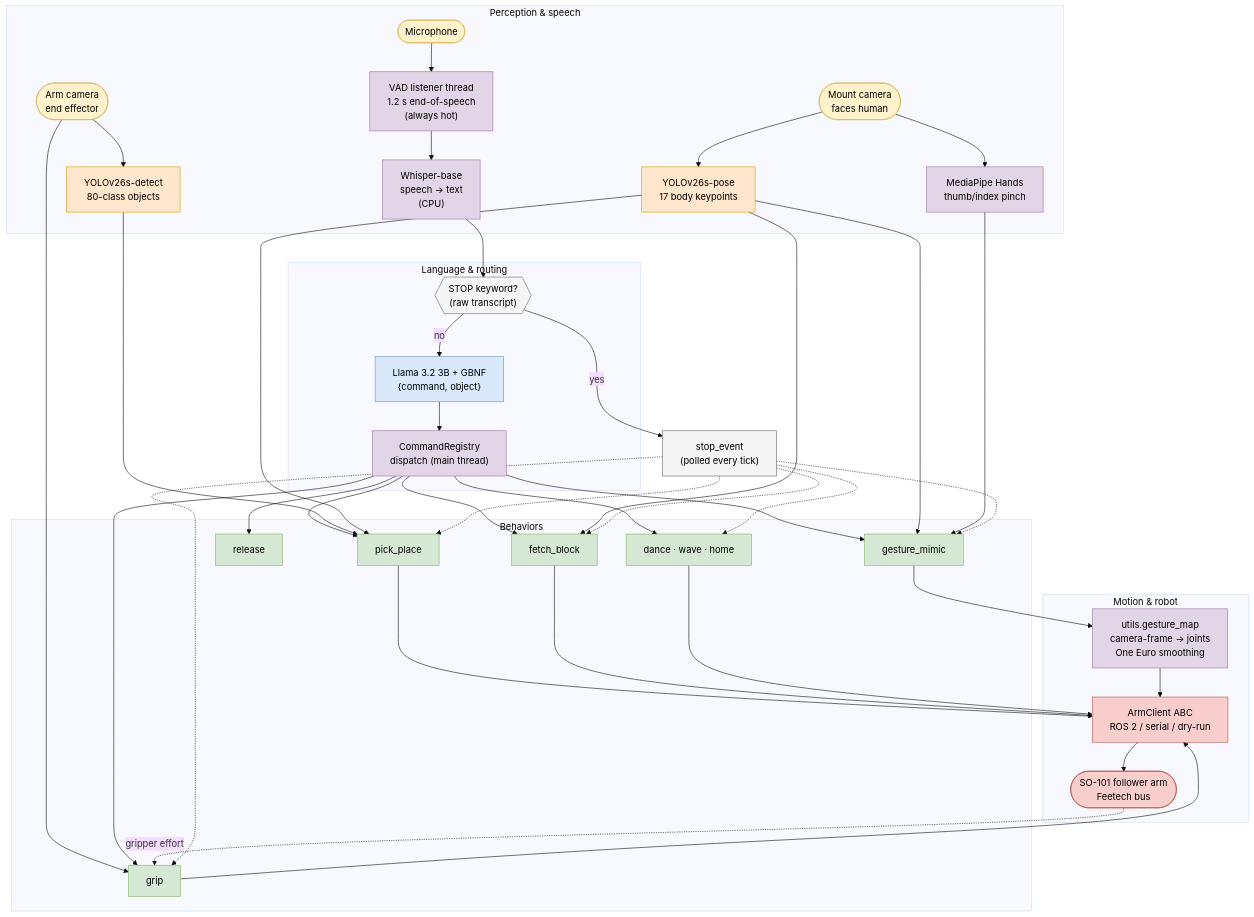
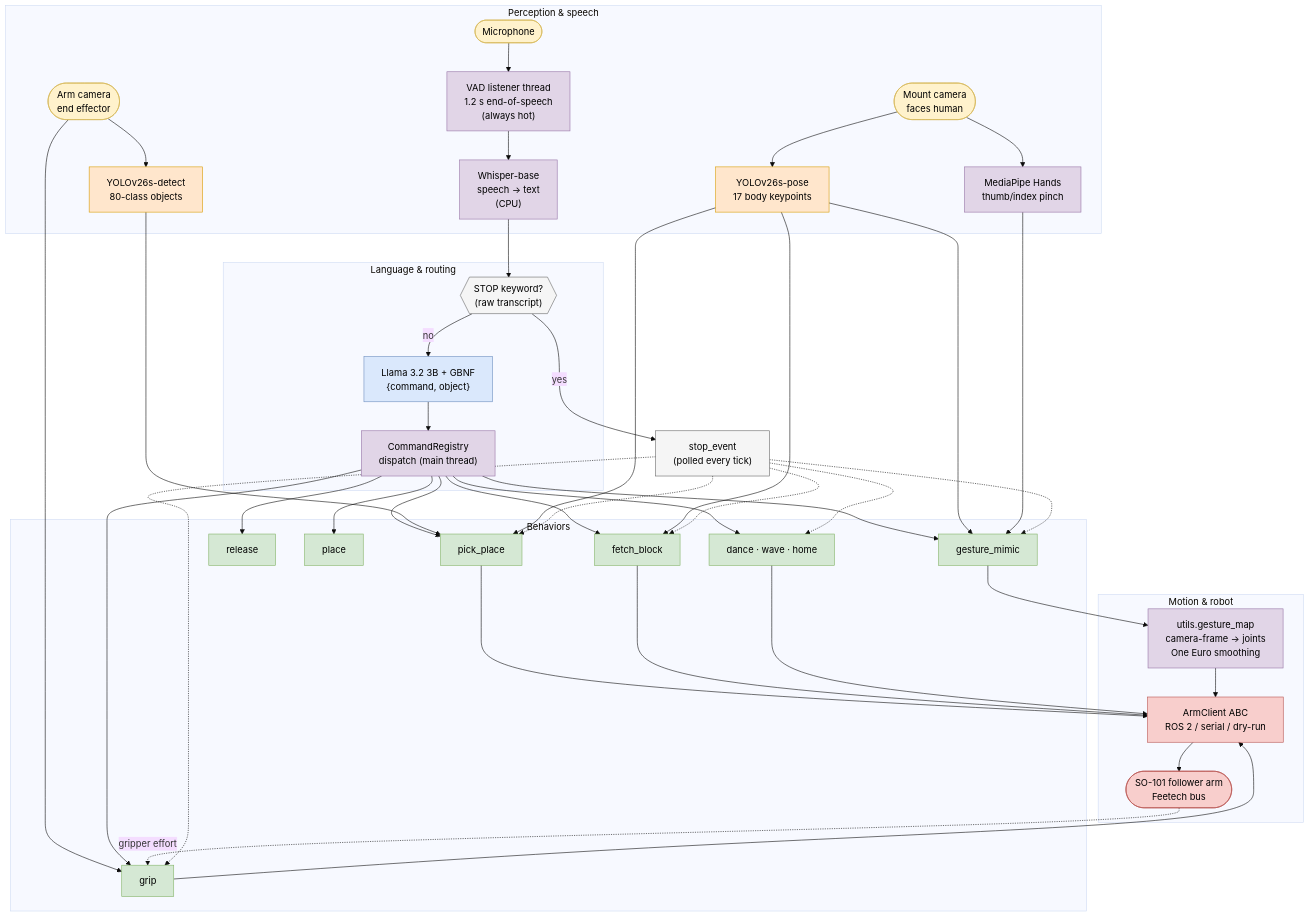
Before and after one commit to ThomasGmeinder/embedded-x86-ai: the first of 3 diagrams in workshops/vvla-pipeline/README.md, drawn with Mermaid (base theme). The commit also changed other lines of this file and 37 other files, not shown here.

First line of the commit message:
Checkpoint the hand-built place, scan and timeline work before replacing it with MoveIt.

````diff
--- a/workshops/vvla-pipeline/README.md
+++ b/workshops/vvla-pipeline/README.md
@@ -12,72 +12,73 @@
 ```mermaid
 flowchart TB
     subgraph SENSE["Perception &amp; speech"]
         MIC([Microphone]):::io
         MOUNTCAM([Mount camera<br/>faces human]):::io
         ARMCAM([Arm camera<br/>end effector]):::io
 
         VAD["VAD listener thread<br/>1.2 s end-of-speech<br/>(always hot)"]:::cpu
         WHISPER["Whisper-base<br/>speech → text<br/>(CPU)"]:::cpu
         POSE["YOLOv26s-pose<br/>17 body keypoints"]:::npu
         DETECT["YOLOv26s-detect<br/>80-class objects"]:::npu
         HANDS["MediaPipe Hands<br/>thumb/index pinch"]:::cpu
     end
 
     subgraph THINK["Language &amp; routing"]
         STOPCHK{{"STOP keyword?<br/>(raw transcript)"}}:::gate
         LLAMA["Llama 3.2 3B + GBNF<br/>{command, object}"]:::gpu
         REG["CommandRegistry<br/>dispatch (main thread)"]:::cpu
     end
 
     subgraph ACT["Behaviors"]
         MIMIC["gesture_mimic"]:::beh
         PICK["pick_place"]:::beh
         FETCH["fetch_block"]:::beh
         GRIP["grip"]:::beh
         RELEASE["release"]:::beh
+        PLACE["place"]:::beh
         OTHER["dance · wave · home"]:::beh
     end
 
     subgraph MOVE["Motion &amp; robot"]
         RETARGET["utils.gesture_map<br/>camera-frame → joints<br/>One Euro smoothing"]:::cpu
         ARMCLIENT["ArmClient ABC<br/>ROS 2 / serial / dry-run"]:::robot
         ARM([SO-101 follower arm<br/>Feetech bus]):::robot
     end
 
     STOPEVENT["stop_event<br/>(polled every tick)"]:::gate
 
     MIC --> VAD --> WHISPER --> STOPCHK
     STOPCHK -- "no" --> LLAMA --> REG
     STOPCHK -- "yes" --> STOPEVENT
 
     MOUNTCAM --> POSE
     MOUNTCAM --> HANDS
     ARMCAM --> DETECT
     ARMCAM --> GRIP
 
-    REG --> MIMIC & PICK & FETCH & GRIP & RELEASE & OTHER
+    REG --> MIMIC & PICK & FETCH & GRIP & RELEASE & PLACE & OTHER
 
     POSE --> MIMIC
     HANDS --> MIMIC
     DETECT --> PICK
     POSE --> PICK
     POSE --> FETCH
 
     MIMIC --> RETARGET --> ARMCLIENT
     PICK --> ARMCLIENT
     FETCH --> ARMCLIENT
     GRIP --> ARMCLIENT
     OTHER --> ARMCLIENT
     ARMCLIENT --> ARM
     ARM -. "gripper effort" .-> GRIP
 
     STOPEVENT -.-> MIMIC & PICK & FETCH & GRIP & OTHER
 
     classDef npu fill:#ffe6cc,stroke:#d79b00,color:#000;
     classDef gpu fill:#dae8fc,stroke:#6c8ebf,color:#000;
     classDef cpu fill:#e1d5e7,stroke:#9673a6,color:#000;
     classDef beh fill:#d5e8d4,stroke:#82b366,color:#000;
     classDef robot fill:#f8cecc,stroke:#b85450,color:#000;
     classDef io fill:#fff2cc,stroke:#d6b656,color:#000;
     classDef gate fill:#f5f5f5,stroke:#666,color:#000;
 ```
````
